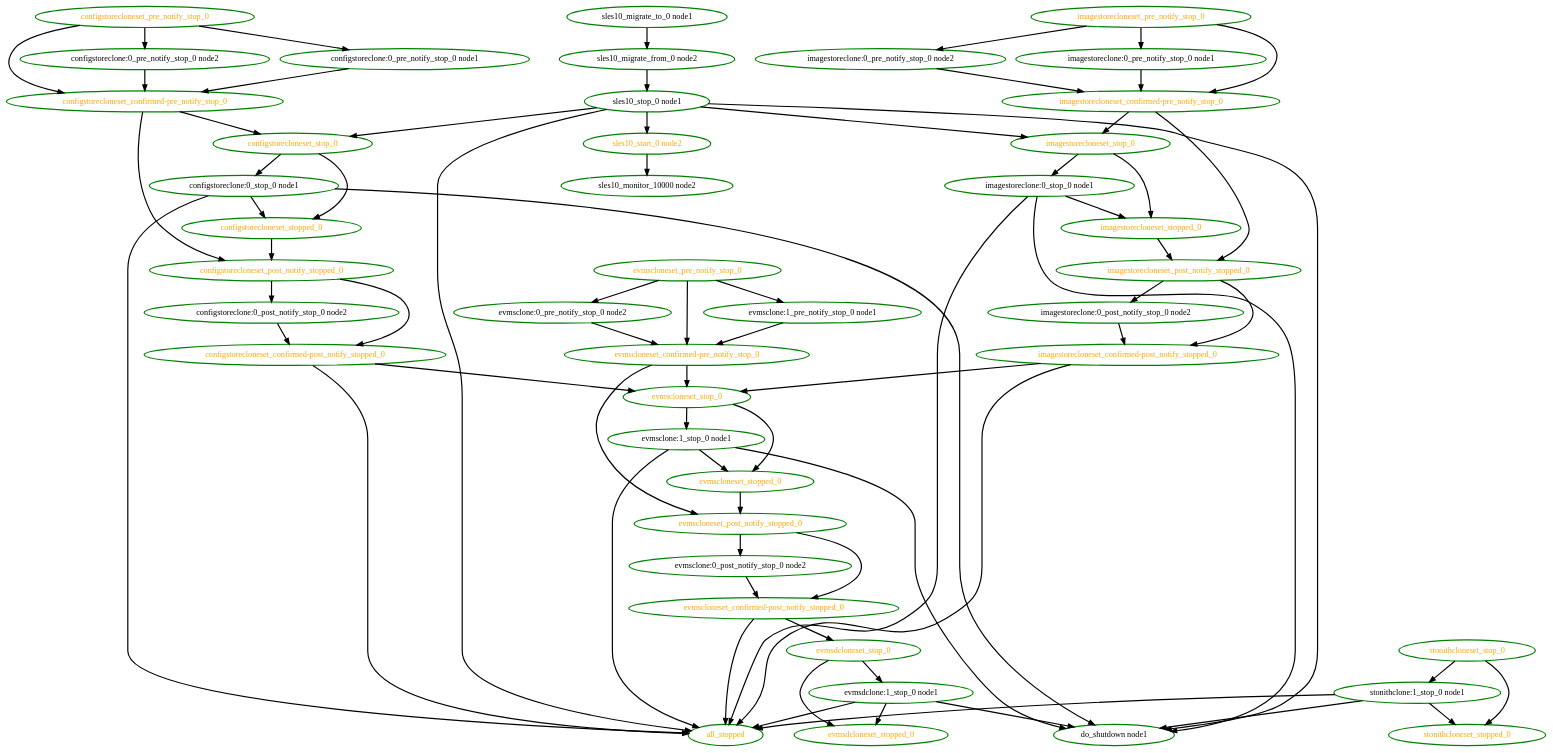
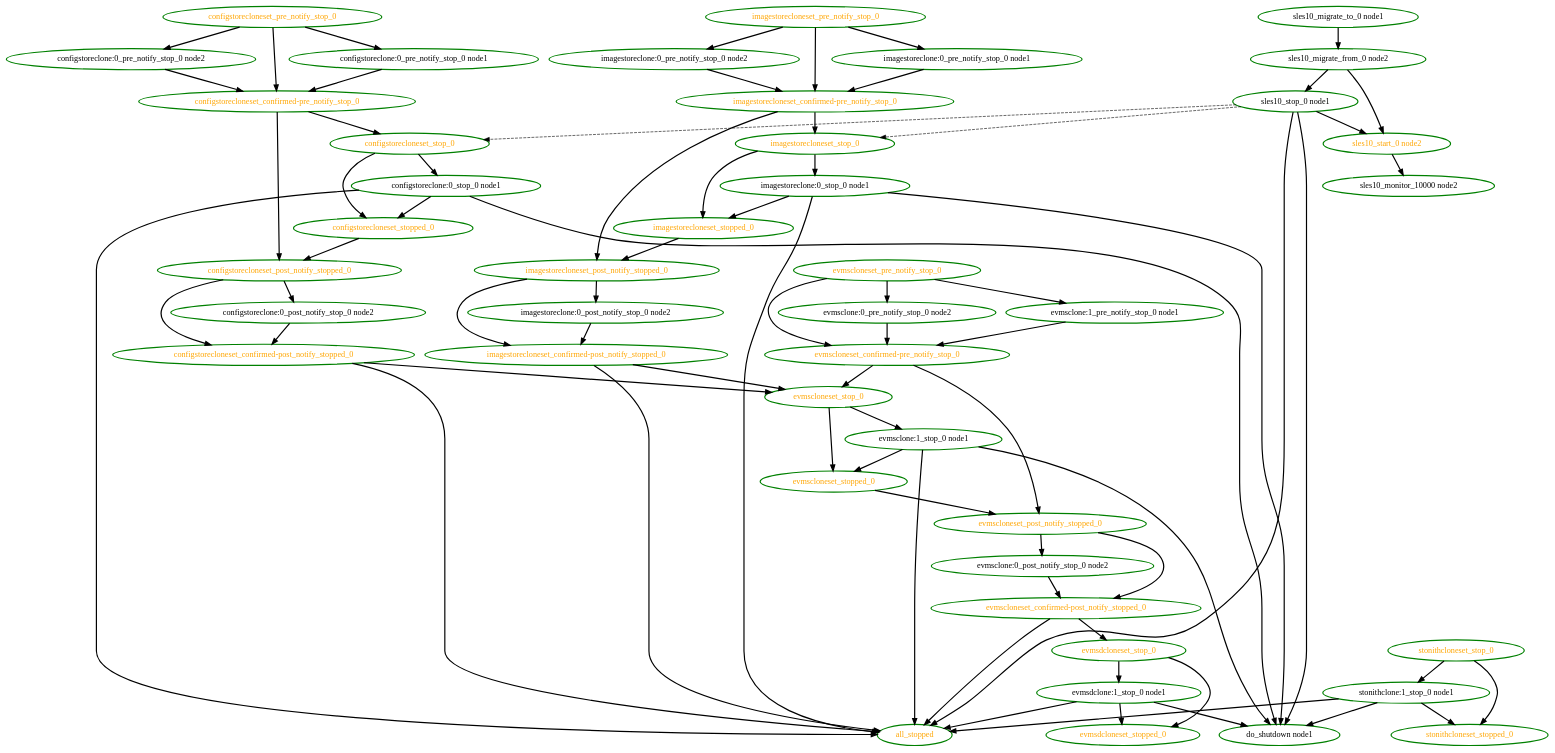
One commit to ClusterLabs/pacemaker changed the diagram in pengine/test10/novell-252693.dot. Above: the diagram before and after it, drawn with Graphviz. The commit also changed 64 other files, not shown here.

```diff
--- a/pengine/test10/novell-252693.dot
+++ b/pengine/test10/novell-252693.dot
@@ -1,117 +1,118 @@
  digraph "g" {
 "all_stopped" [ style=bold color="green" fontcolor="orange" ]
 "configstoreclone:0_post_notify_stop_0 node2" -> "configstorecloneset_confirmed-post_notify_stopped_0" [ style = bold]
 "configstoreclone:0_post_notify_stop_0 node2" [ style=bold color="green" fontcolor="black" ]
 "configstoreclone:0_pre_notify_stop_0 node1" -> "configstorecloneset_confirmed-pre_notify_stop_0" [ style = bold]
 "configstoreclone:0_pre_notify_stop_0 node1" [ style=bold color="green" fontcolor="black"]
 "configstoreclone:0_pre_notify_stop_0 node2" -> "configstorecloneset_confirmed-pre_notify_stop_0" [ style = bold]
 "configstoreclone:0_pre_notify_stop_0 node2" [ style=bold color="green" fontcolor="black" ]
 "configstoreclone:0_stop_0 node1" -> "all_stopped" [ style = bold]
 "configstoreclone:0_stop_0 node1" -> "configstorecloneset_stopped_0" [ style = bold]
 "configstoreclone:0_stop_0 node1" -> "do_shutdown node1" [ style = bold]
 "configstoreclone:0_stop_0 node1" [ style=bold color="green" fontcolor="black"]
 "configstorecloneset_confirmed-post_notify_stopped_0" -> "all_stopped" [ style = bold]
 "configstorecloneset_confirmed-post_notify_stopped_0" -> "evmscloneset_stop_0" [ style = bold]
 "configstorecloneset_confirmed-post_notify_stopped_0" [ style=bold color="green" fontcolor="orange" ]
 "configstorecloneset_confirmed-pre_notify_stop_0" -> "configstorecloneset_post_notify_stopped_0" [ style = bold]
 "configstorecloneset_confirmed-pre_notify_stop_0" -> "configstorecloneset_stop_0" [ style = bold]
 "configstorecloneset_confirmed-pre_notify_stop_0" [ style=bold color="green" fontcolor="orange" ]
 "configstorecloneset_post_notify_stopped_0" -> "configstoreclone:0_post_notify_stop_0 node2" [ style = bold]
 "configstorecloneset_post_notify_stopped_0" -> "configstorecloneset_confirmed-post_notify_stopped_0" [ style = bold]
 "configstorecloneset_post_notify_stopped_0" [ style=bold color="green" fontcolor="orange" ]
 "configstorecloneset_pre_notify_stop_0" -> "configstoreclone:0_pre_notify_stop_0 node1" [ style = bold]
 "configstorecloneset_pre_notify_stop_0" -> "configstoreclone:0_pre_notify_stop_0 node2" [ style = bold]
 "configstorecloneset_pre_notify_stop_0" -> "configstorecloneset_confirmed-pre_notify_stop_0" [ style = bold]
 "configstorecloneset_pre_notify_stop_0" [ style=bold color="green" fontcolor="orange" ]
 "configstorecloneset_stop_0" -> "configstoreclone:0_stop_0 node1" [ style = bold]
 "configstorecloneset_stop_0" -> "configstorecloneset_stopped_0" [ style = bold]
 "configstorecloneset_stop_0" [ style=bold color="green" fontcolor="orange" ]
 "configstorecloneset_stopped_0" -> "configstorecloneset_post_notify_stopped_0" [ style = bold]
 "configstorecloneset_stopped_0" [ style=bold color="green" fontcolor="orange" ]
 "do_shutdown node1" [ style=bold color="green" fontcolor="black" ]
 "evmsclone:0_post_notify_stop_0 node2" -> "evmscloneset_confirmed-post_notify_stopped_0" [ style = bold]
 "evmsclone:0_post_notify_stop_0 node2" [ style=bold color="green" fontcolor="black" ]
 "evmsclone:0_pre_notify_stop_0 node2" -> "evmscloneset_confirmed-pre_notify_stop_0" [ style = bold]
 "evmsclone:0_pre_notify_stop_0 node2" [ style=bold color="green" fontcolor="black" ]
 "evmsclone:1_pre_notify_stop_0 node1" -> "evmscloneset_confirmed-pre_notify_stop_0" [ style = bold]
 "evmsclone:1_pre_notify_stop_0 node1" [ style=bold color="green" fontcolor="black" ]
 "evmsclone:1_stop_0 node1" -> "all_stopped" [ style = bold]
 "evmsclone:1_stop_0 node1" -> "do_shutdown node1" [ style = bold]
 "evmsclone:1_stop_0 node1" -> "evmscloneset_stopped_0" [ style = bold]
 "evmsclone:1_stop_0 node1" [ style=bold color="green" fontcolor="black" ]
 "evmscloneset_confirmed-post_notify_stopped_0" -> "all_stopped" [ style = bold]
 "evmscloneset_confirmed-post_notify_stopped_0" -> "evmsdcloneset_stop_0" [ style = bold]
 "evmscloneset_confirmed-post_notify_stopped_0" [ style=bold color="green" fontcolor="orange" ]
 "evmscloneset_confirmed-pre_notify_stop_0" -> "evmscloneset_post_notify_stopped_0" [ style = bold]
 "evmscloneset_confirmed-pre_notify_stop_0" -> "evmscloneset_stop_0" [ style = bold]
 "evmscloneset_confirmed-pre_notify_stop_0" [ style=bold color="green" fontcolor="orange" ]
 "evmscloneset_post_notify_stopped_0" -> "evmsclone:0_post_notify_stop_0 node2" [ style = bold]
 "evmscloneset_post_notify_stopped_0" -> "evmscloneset_confirmed-post_notify_stopped_0" [ style = bold]
 "evmscloneset_post_notify_stopped_0" [ style=bold color="green" fontcolor="orange" ]
 "evmscloneset_pre_notify_stop_0" -> "evmsclone:0_pre_notify_stop_0 node2" [ style = bold]
 "evmscloneset_pre_notify_stop_0" -> "evmsclone:1_pre_notify_stop_0 node1" [ style = bold]
 "evmscloneset_pre_notify_stop_0" -> "evmscloneset_confirmed-pre_notify_stop_0" [ style = bold]
 "evmscloneset_pre_notify_stop_0" [ style=bold color="green" fontcolor="orange" ]
 "evmscloneset_stop_0" -> "evmsclone:1_stop_0 node1" [ style = bold]
 "evmscloneset_stop_0" -> "evmscloneset_stopped_0" [ style = bold]
 "evmscloneset_stop_0" [ style=bold color="green" fontcolor="orange" ]
 "evmscloneset_stopped_0" -> "evmscloneset_post_notify_stopped_0" [ style = bold]
 "evmscloneset_stopped_0" [ style=bold color="green" fontcolor="orange" ]
 "evmsdclone:1_stop_0 node1" -> "all_stopped" [ style = bold]
 "evmsdclone:1_stop_0 node1" -> "do_shutdown node1" [ style = bold]
 "evmsdclone:1_stop_0 node1" -> "evmsdcloneset_stopped_0" [ style = bold]
 "evmsdclone:1_stop_0 node1" [ style=bold color="green" fontcolor="black" ]
 "evmsdcloneset_stop_0" -> "evmsdclone:1_stop_0 node1" [ style = bold]
 "evmsdcloneset_stop_0" -> "evmsdcloneset_stopped_0" [ style = bold]
 "evmsdcloneset_stop_0" [ style=bold color="green" fontcolor="orange" ]
 "evmsdcloneset_stopped_0" [ style=bold color="green" fontcolor="orange" ]
 "imagestoreclone:0_post_notify_stop_0 node2" -> "imagestorecloneset_confirmed-post_notify_stopped_0" [ style = bold]
 "imagestoreclone:0_post_notify_stop_0 node2" [ style=bold color="green" fontcolor="black" ]
 "imagestoreclone:0_pre_notify_stop_0 node1" -> "imagestorecloneset_confirmed-pre_notify_stop_0" [ style = bold]
 "imagestoreclone:0_pre_notify_stop_0 node1" [ style=bold color="green" fontcolor="black"]
 "imagestoreclone:0_pre_notify_stop_0 node2" -> "imagestorecloneset_confirmed-pre_notify_stop_0" [ style = bold]
 "imagestoreclone:0_pre_notify_stop_0 node2" [ style=bold color="green" fontcolor="black" ]
 "imagestoreclone:0_stop_0 node1" -> "all_stopped" [ style = bold]
 "imagestoreclone:0_stop_0 node1" -> "do_shutdown node1" [ style = bold]
 "imagestoreclone:0_stop_0 node1" -> "imagestorecloneset_stopped_0" [ style = bold]
 "imagestoreclone:0_stop_0 node1" [ style=bold color="green" fontcolor="black"]
 "imagestorecloneset_confirmed-post_notify_stopped_0" -> "all_stopped" [ style = bold]
 "imagestorecloneset_confirmed-post_notify_stopped_0" -> "evmscloneset_stop_0" [ style = bold]
 "imagestorecloneset_confirmed-post_notify_stopped_0" [ style=bold color="green" fontcolor="orange" ]
 "imagestorecloneset_confirmed-pre_notify_stop_0" -> "imagestorecloneset_post_notify_stopped_0" [ style = bold]
 "imagestorecloneset_confirmed-pre_notify_stop_0" -> "imagestorecloneset_stop_0" [ style = bold]
 "imagestorecloneset_confirmed-pre_notify_stop_0" [ style=bold color="green" fontcolor="orange" ]
 "imagestorecloneset_post_notify_stopped_0" -> "imagestoreclone:0_post_notify_stop_0 node2" [ style = bold]
 "imagestorecloneset_post_notify_stopped_0" -> "imagestorecloneset_confirmed-post_notify_stopped_0" [ style = bold]
 "imagestorecloneset_post_notify_stopped_0" [ style=bold color="green" fontcolor="orange" ]
 "imagestorecloneset_pre_notify_stop_0" -> "imagestoreclone:0_pre_notify_stop_0 node1" [ style = bold]
 "imagestorecloneset_pre_notify_stop_0" -> "imagestoreclone:0_pre_notify_stop_0 node2" [ style = bold]
 "imagestorecloneset_pre_notify_stop_0" -> "imagestorecloneset_confirmed-pre_notify_stop_0" [ style = bold]
 "imagestorecloneset_pre_notify_stop_0" [ style=bold color="green" fontcolor="orange" ]
 "imagestorecloneset_stop_0" -> "imagestoreclone:0_stop_0 node1" [ style = bold]
 "imagestorecloneset_stop_0" -> "imagestorecloneset_stopped_0" [ style = bold]
 "imagestorecloneset_stop_0" [ style=bold color="green" fontcolor="orange" ]
 "imagestorecloneset_stopped_0" -> "imagestorecloneset_post_notify_stopped_0" [ style = bold]
 "imagestorecloneset_stopped_0" [ style=bold color="green" fontcolor="orange" ]
+"sles10_migrate_from_0 node2" -> "sles10_start_0 node2" [ style = bold]
 "sles10_migrate_from_0 node2" -> "sles10_stop_0 node1" [ style = bold]
 "sles10_migrate_from_0 node2" [ style=bold color="green" fontcolor="black" ]
 "sles10_migrate_to_0 node1" -> "sles10_migrate_from_0 node2" [ style = bold]
 "sles10_migrate_to_0 node1" [ style=bold color="green" fontcolor="black" ]
 "sles10_monitor_10000 node2" [ style=bold color="green" fontcolor="black" ]
 "sles10_start_0 node2" -> "sles10_monitor_10000 node2" [ style = bold]
 "sles10_start_0 node2" [ style=bold color="green" fontcolor="orange" ]
 "sles10_stop_0 node1" -> "all_stopped" [ style = bold]
-"sles10_stop_0 node1" -> "configstorecloneset_stop_0" [ style = bold]
+"sles10_stop_0 node1" -> "configstorecloneset_stop_0" [ style = dashed]
 "sles10_stop_0 node1" -> "do_shutdown node1" [ style = bold]
-"sles10_stop_0 node1" -> "imagestorecloneset_stop_0" [ style = bold]
+"sles10_stop_0 node1" -> "imagestorecloneset_stop_0" [ style = dashed]
 "sles10_stop_0 node1" -> "sles10_start_0 node2" [ style = bold]
 "sles10_stop_0 node1" [ style=bold color="green" fontcolor="black" ]
 "stonithclone:1_stop_0 node1" -> "all_stopped" [ style = bold]
 "stonithclone:1_stop_0 node1" -> "do_shutdown node1" [ style = bold]
 "stonithclone:1_stop_0 node1" -> "stonithcloneset_stopped_0" [ style = bold]
 "stonithclone:1_stop_0 node1" [ style=bold color="green" fontcolor="black" ]
 "stonithcloneset_stop_0" -> "stonithclone:1_stop_0 node1" [ style = bold]
 "stonithcloneset_stop_0" -> "stonithcloneset_stopped_0" [ style = bold]
 "stonithcloneset_stop_0" [ style=bold color="green" fontcolor="orange" ]
 "stonithcloneset_stopped_0" [ style=bold color="green" fontcolor="orange" ]
 }
```
